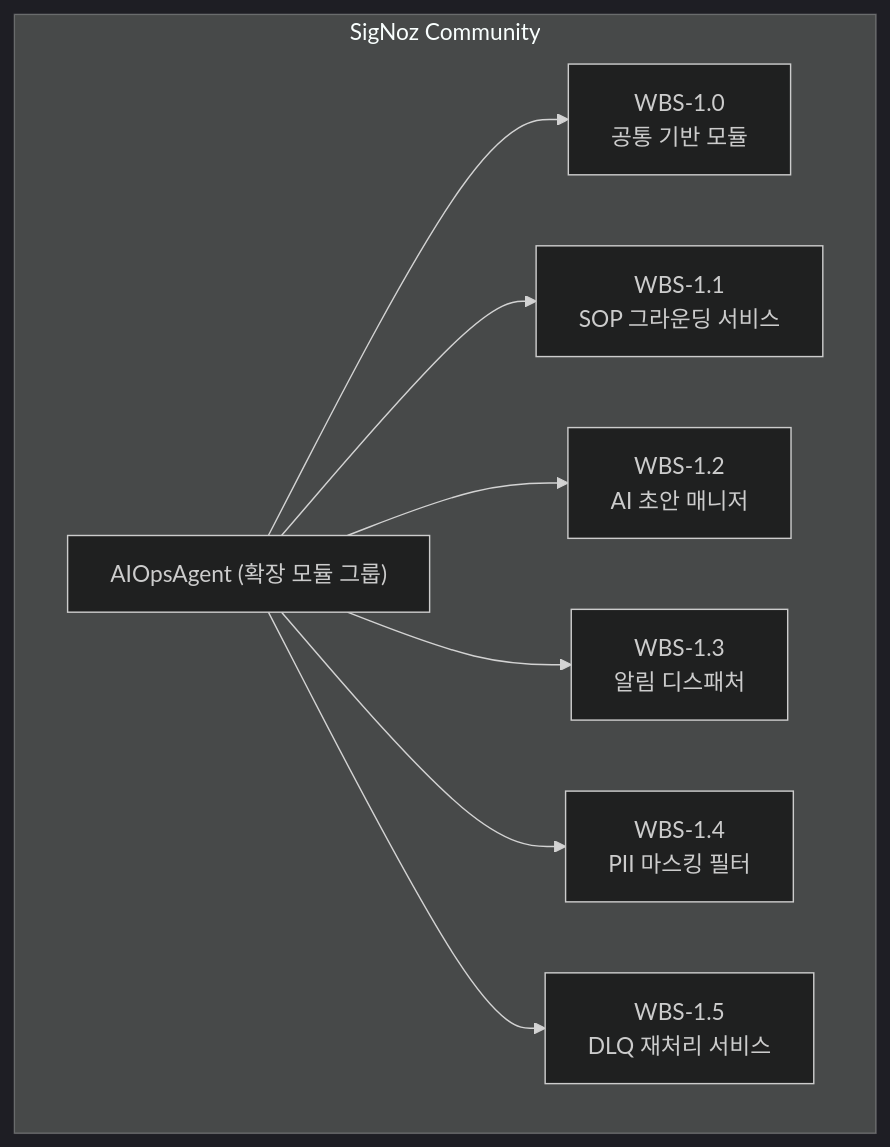
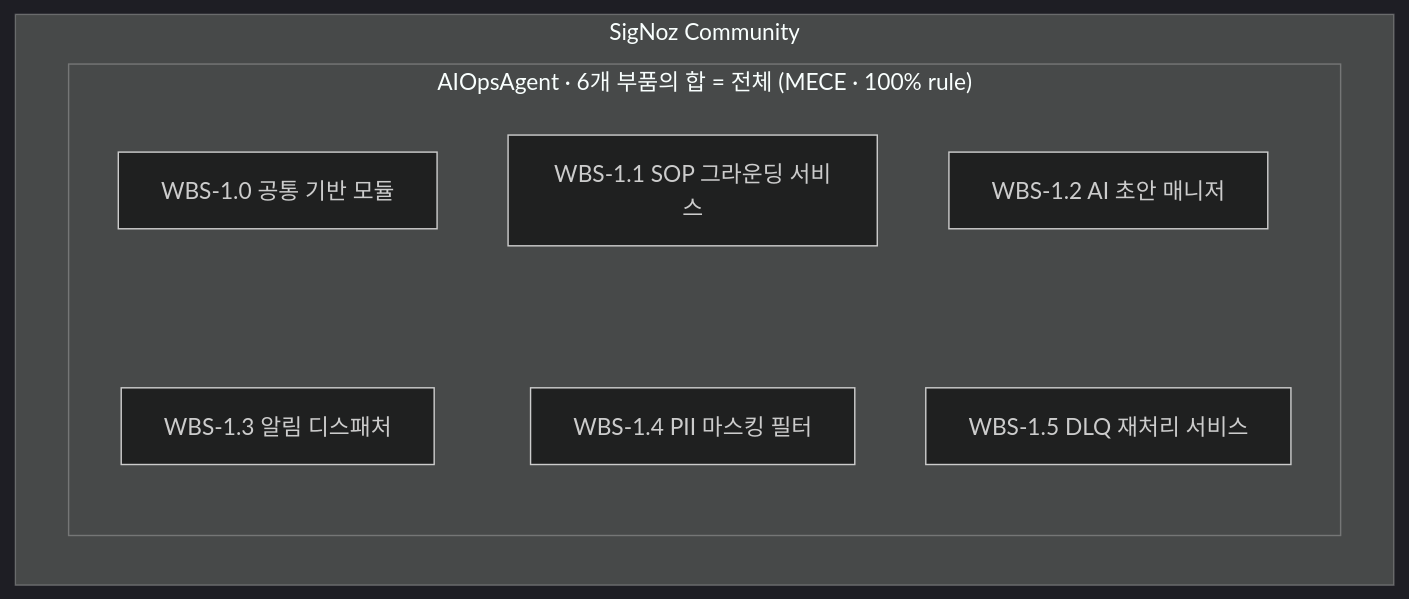
Before and after one commit to figure-team/ds-apm: the diagram in docs/spec/00-brief/brief-wbs.md, drawn with Mermaid (dark theme). The commit also changed other lines of this file and 57 other files, not shown here.

````diff
--- a/docs/spec/00-brief/brief-wbs.md
+++ b/docs/spec/00-brief/brief-wbs.md
@@ -30,13 +30,11 @@
 ```mermaid
-flowchart TD
+flowchart TB
     subgraph SIGNOZ["SigNoz Community"]
-        ROOT["AIOpsAgent (확장 모듈 그룹)"]
-        C1["WBS-1.0<br/>공통 기반 모듈"]
-        C2["WBS-1.1<br/>SOP 그라운딩 서비스"]
-        C3["WBS-1.2<br/>AI 초안 매니저"]
-        C4["WBS-1.3<br/>알림 디스패처"]
-        C5["WBS-1.4<br/>PII 마스킹 필터"]
-        C6["WBS-1.5<br/>DLQ 재처리 서비스"]
-        ROOT --> C1 & C2 & C3 & C4 & C5 & C6
+        subgraph AIOPS["AIOpsAgent · 6개 부품의 합 = 전체 (MECE · 100% rule)"]
+            direction TB
+            C1["WBS-1.0 공통 기반 모듈"] ~~~ C4["WBS-1.3 알림 디스패처"]
+            C2["WBS-1.1 SOP 그라운딩 서비스"] ~~~ C5["WBS-1.4 PII 마스킹 필터"]
+            C3["WBS-1.2 AI 초안 매니저"] ~~~ C6["WBS-1.5 DLQ 재처리 서비스"]
+        end
     end
 ```
````
